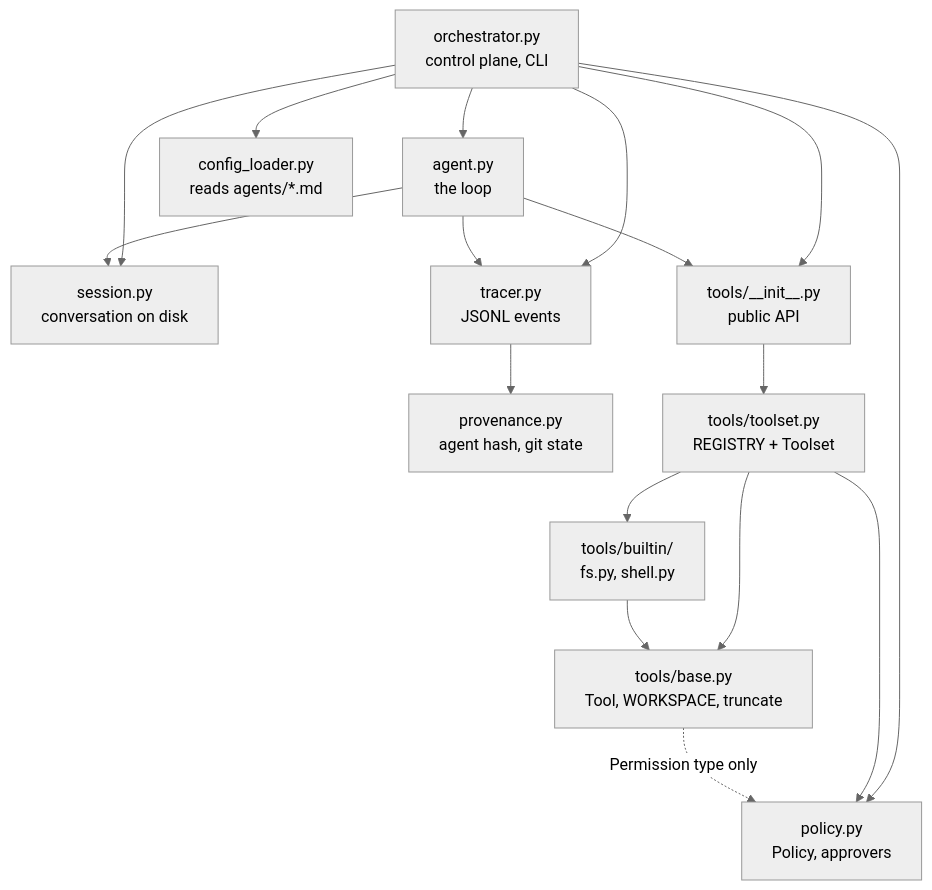
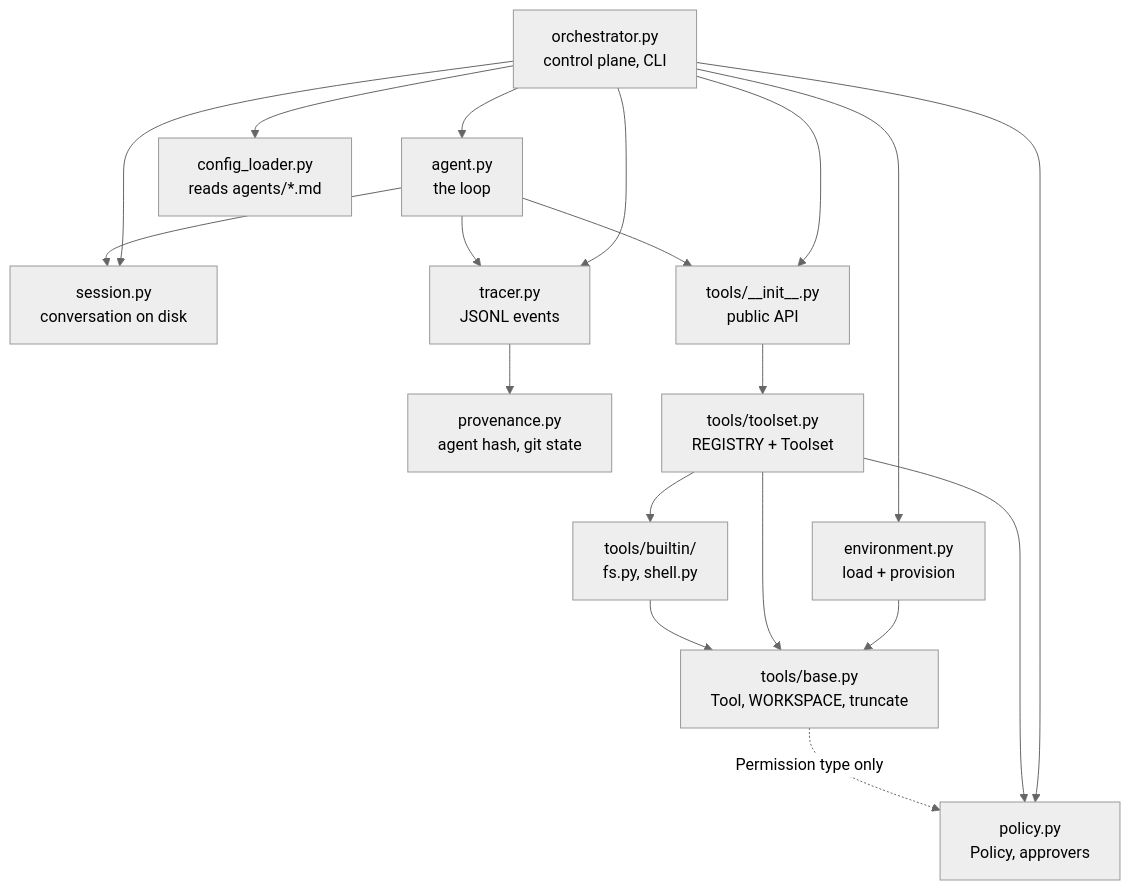
The fourth of 4 diagrams in visual_representation.md (adgnvtefc/orchestra), drawn with Mermaid (neutral theme) before and after one commit. The commit also changed other lines of this file and 12 other files, not shown here.

````diff
--- a/visual_representation.md
+++ b/visual_representation.md
@@ -256,19 +290,21 @@
 ```mermaid
 flowchart TD
     orch["orchestrator.py<br/>control plane, CLI"] --> agent["agent.py<br/>the loop"]
     orch --> loader["config_loader.py<br/>reads agents/*.md"]
     orch --> sessionmod["session.py<br/>conversation on disk"]
+    orch --> envmod["environment.py<br/>load + provision"]
+    envmod --> base
     agent --> sessionmod
     orch --> policy["policy.py<br/>Policy, approvers"]
     orch --> tools_api["tools/__init__.py<br/>public API"]
     orch --> tracer["tracer.py<br/>JSONL events"]
     agent --> tracer
     tracer --> prov["provenance.py<br/>agent hash, git state"]
     agent --> tools_api
     tools_api --> toolset["tools/toolset.py<br/>REGISTRY + Toolset"]
     toolset --> policy
     toolset --> builtin["tools/builtin/<br/>fs.py, shell.py"]
     toolset --> base["tools/base.py<br/>Tool, WORKSPACE, truncate"]
     builtin --> base
     base -.->|"Permission type only"| policy
 ```
````
